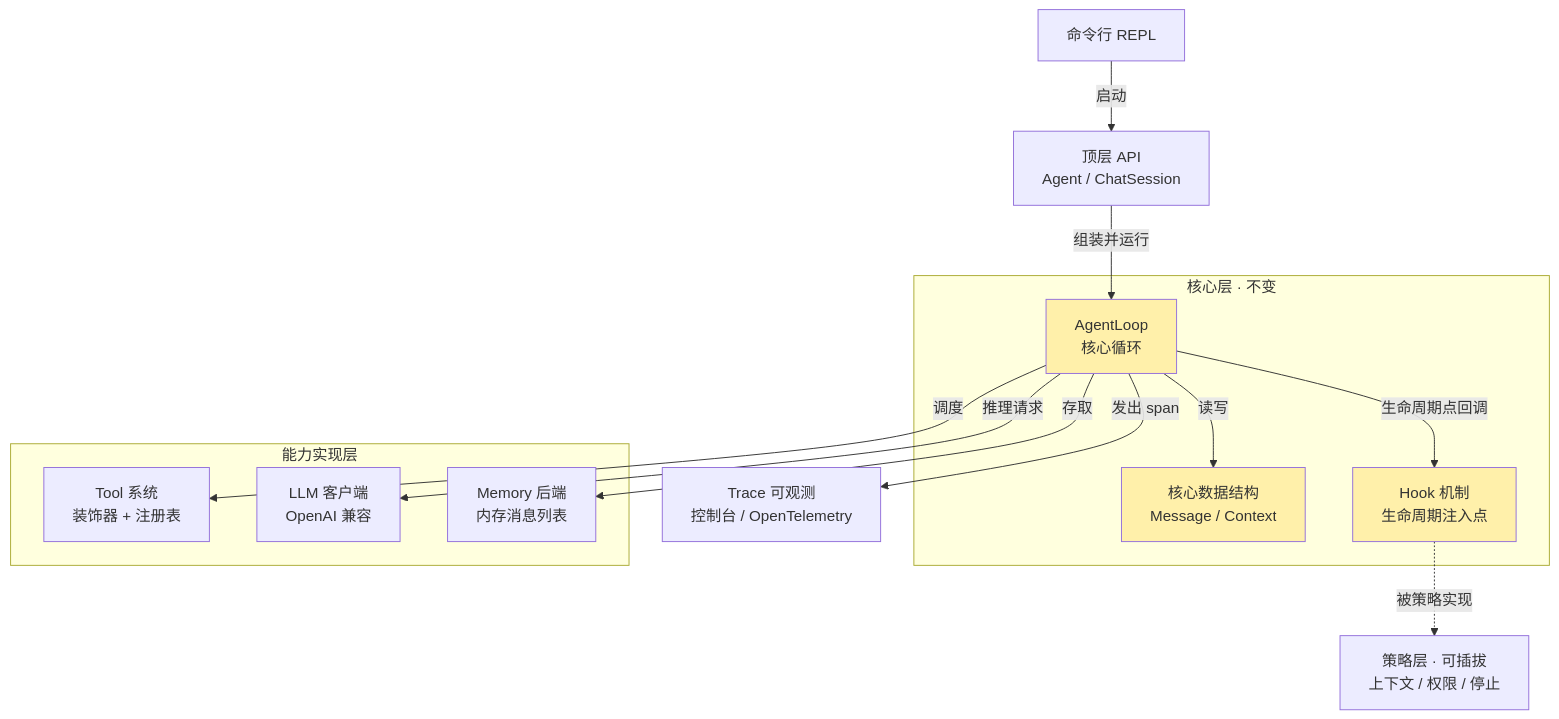
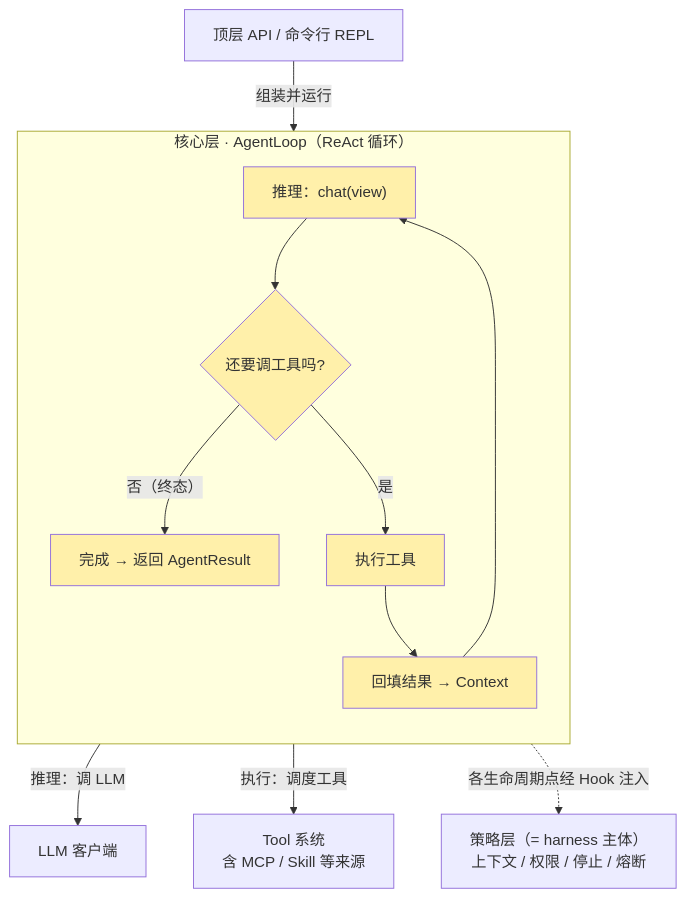
One commit to eastonsuo/nanoagent changed the fifth of 7 diagrams in docs/DESIGN.md. Above: the diagram before and after it, drawn with Mermaid. The commit also changed other lines of this file and 1 other file, not shown here.

First line of the commit message:
docs: §6 重画为 ReAct 主干流程图；§5.6 厘清 Agent/ChatSession 平级入口；§5.3/§5.5/§11 补全

````diff
--- a/docs/DESIGN.md
+++ b/docs/DESIGN.md
@@ -726,33 +763,20 @@
 ```mermaid
 flowchart TD
-    api["顶层 API<br/>Agent / ChatSession"]
-    cli["命令行 REPL"]
+    api["顶层 API / 命令行 REPL"] -->|"组装并运行"| core
 
-    subgraph corelayer["核心层 · 不变"]
-        loop["AgentLoop<br/>核心循环"]
-        data["核心数据结构<br/>Message / Context"]
-        hooks["Hook 机制<br/>生命周期注入点"]
+    subgraph core["核心层 · AgentLoop（ReAct 循环）"]
+        direction TB
+        reason["推理：chat(view)"] --> dec{"还要调工具吗?"}
+        dec -->|"否（终态）"| done["完成 → 返回 AgentResult"]
+        dec -->|"是"| act["执行工具"]
+        act --> fill["回填结果 → Context"]
+        fill --> reason
     end
 
-    subgraph caps["能力实现层"]
-        tools["Tool 系统<br/>装饰器 + 注册表"]
-        llm["LLM 客户端<br/>OpenAI 兼容"]
-        mem["Memory 后端<br/>内存消息列表"]
-    end
-
-    strategies["策略层 · 可插拔<br/>上下文 / 权限 / 停止"]
-    obs["Trace 可观测<br/>控制台 / OpenTelemetry"]
-
-    cli -->|"启动"| api
-    api -->|"组装并运行"| loop
-    loop -->|"读写"| data
-    loop -->|"生命周期点回调"| hooks
-    loop -->|"调度"| tools
-    loop -->|"推理请求"| llm
-    loop -->|"存取"| mem
-    hooks -.->|"被策略实现"| strategies
-    loop -->|"发出 span"| obs
+    core -->|"推理：调 LLM"| llm["LLM 客户端"]
+    core -->|"执行：调度工具"| tools["Tool 系统<br/>含 MCP / Skill 等来源"]
+    core -.->|"各生命周期点经 Hook 注入"| strat["策略层（= harness 主体）<br/>上下文 / 权限 / 停止 / 熔断"]
 
     classDef stable fill:#fff0aa
-    class loop,data,hooks stable
+    class reason,dec,act,fill,done stable
 ```
````
